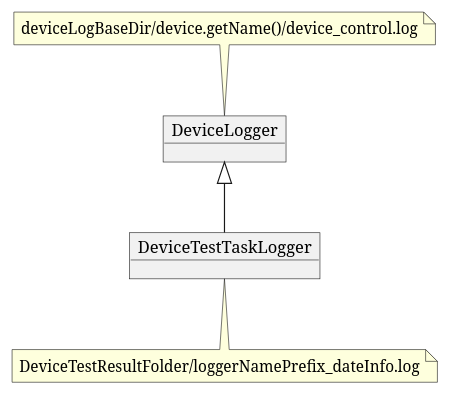
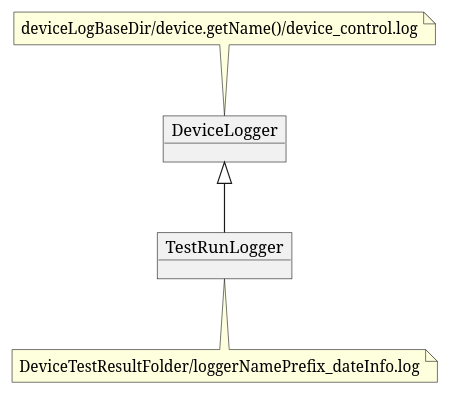
The first of 2 diagrams in agent/doc/UML/logger_file_design.puml (microsoft/HydraLab), drawn with PlantUML before and after one commit. The commit also changed 5 other files, not shown here.

```diff
--- a/agent/doc/UML/logger_file_design.puml
+++ b/agent/doc/UML/logger_file_design.puml
@@ -1,15 +1,15 @@
 @startuml
 'https://plantuml.com/class-diagram
 
 object DeviceLogger
 note top of DeviceLogger
 deviceLogBaseDir/device.getName()/device_control.log
 end note
 
-object DeviceTestTaskLogger
-note bottom of DeviceTestTaskLogger
+object TestRunLogger
+note bottom of TestRunLogger
 DeviceTestResultFolder/loggerNamePrefix_dateInfo.log
 end note
 
-DeviceTestTaskLogger -u-|> DeviceLogger
+TestRunLogger -u-|> DeviceLogger
 @enduml
```
